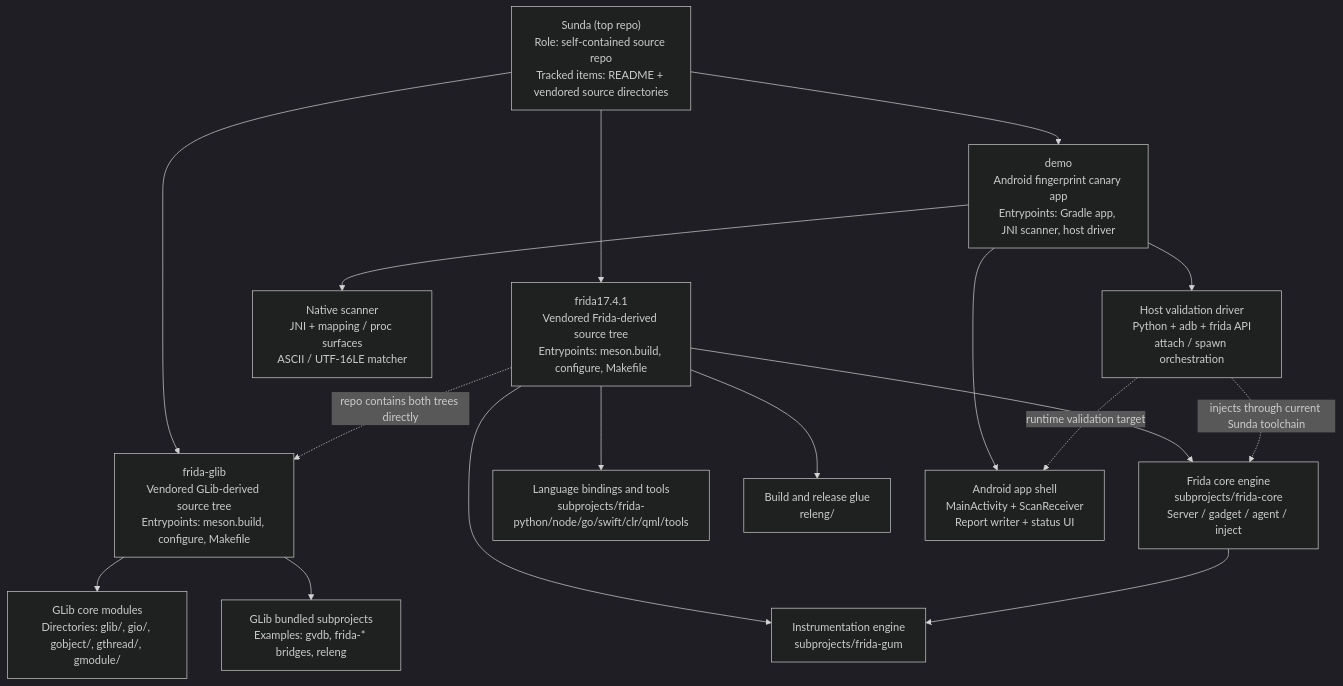
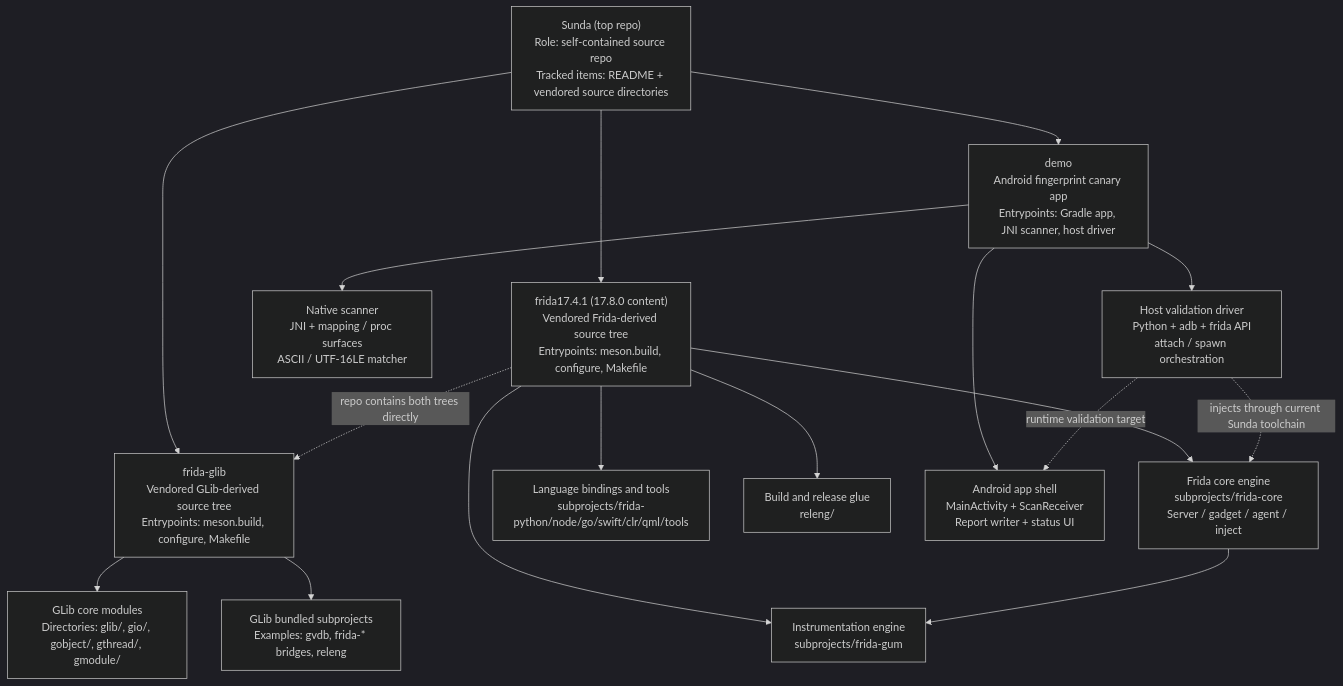
The diagram in .status/architecture/architecture.mmd (sec-staff-lilithgames/Sunda), drawn with Mermaid (dark theme) before and after one commit. The commit also changed 23 other files, not shown here.

```diff
--- a/.status/architecture/architecture.mmd
+++ b/.status/architecture/architecture.mmd
@@ -1,38 +1,38 @@
 flowchart TD
   Root["Sunda (top repo)\nRole: self-contained source repo\nTracked items: README + vendored source directories"]
 
   FG["frida-glib\nVendored GLib-derived source tree\nEntrypoints: meson.build, configure, Makefile"]
-  F17["frida17.4.1\nVendored Frida-derived source tree\nEntrypoints: meson.build, configure, Makefile"]
+  F17["frida17.4.1 (17.8.0 content)\nVendored Frida-derived source tree\nEntrypoints: meson.build, configure, Makefile"]
   Demo["demo\nAndroid fingerprint canary app\nEntrypoints: Gradle app, JNI scanner, host driver"]
 
   FGCore["GLib core modules\nDirectories: glib/, gio/, gobject/, gthread/, gmodule/"]
   FGDeps["GLib bundled subprojects\nExamples: gvdb, frida-* bridges, releng"]
 
   F17Core["Frida core engine\nsubprojects/frida-core\nServer / gadget / agent / inject"]
   F17Gum["Instrumentation engine\nsubprojects/frida-gum"]
   F17Bindings["Language bindings and tools\nsubprojects/frida-python/node/go/swift/clr/qml/tools"]
   F17Releng["Build and release glue\nreleng/"]
   DemoApp["Android app shell\nMainActivity + ScanReceiver\nReport writer + status UI"]
   DemoNative["Native scanner\nJNI + mapping / proc surfaces\nASCII / UTF-16LE matcher"]
   DemoDriver["Host validation driver\nPython + adb + frida API\nattach / spawn orchestration"]
 
   Root --> FG
   Root --> F17
   Root --> Demo
 
   FG --> FGCore
   FG --> FGDeps
 
   F17 --> F17Core
   F17 --> F17Gum
   F17 --> F17Bindings
   F17 --> F17Releng
 
   Demo --> DemoApp
   Demo --> DemoNative
   Demo --> DemoDriver
 
   F17Core --> F17Gum
   F17 -. "repo contains both trees directly" .-> FG
   DemoDriver -. "runtime validation target" .-> DemoApp
   DemoDriver -. "injects through current Sunda toolchain" .-> F17Core
```
